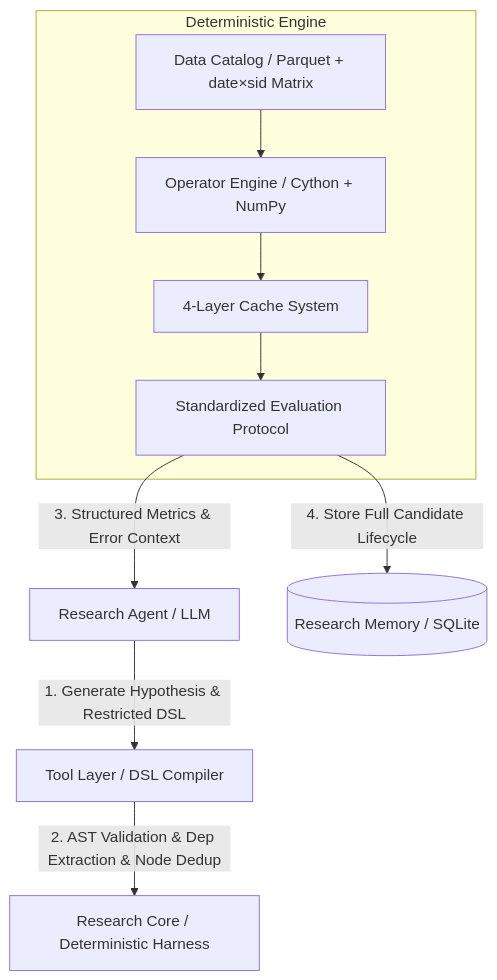
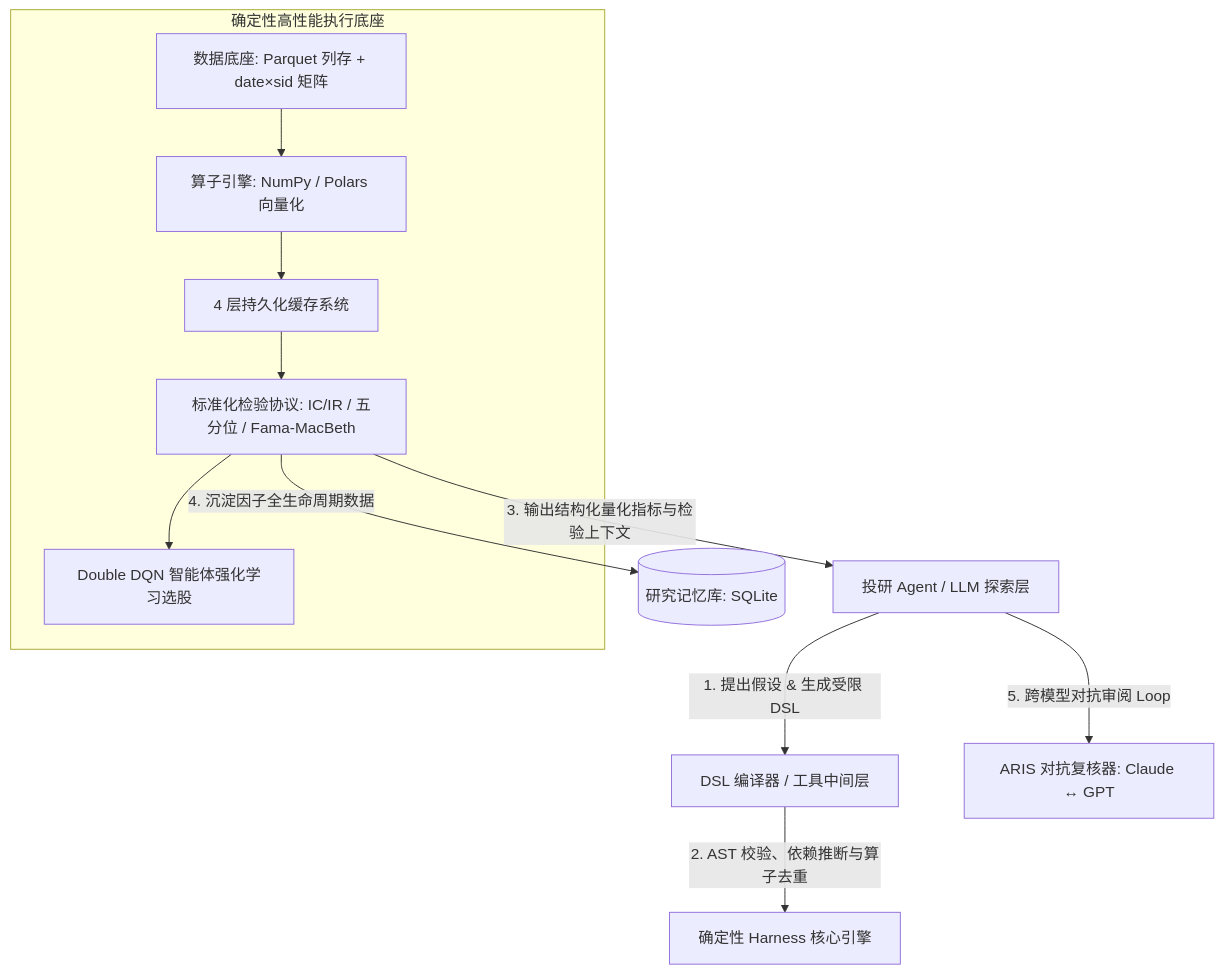
The diagram in README.md (zhangpelf/ashare-factor-agent-workflow), drawn with Mermaid before and after one commit. The commit also changed other lines of this file and 4 other files, not shown here.

````diff
--- a/README.md
+++ b/README.md
@@ -59,14 +48,16 @@
 ```mermaid
 graph TD
-    A[Research Agent / LLM] -->|1. Generate Hypothesis & Restricted DSL| B[Tool Layer / DSL Compiler]
-    B -->|2. AST Validation & Dep Extraction & Node Dedup| C[Research Core / Deterministic Harness]
+    A[投研 Agent / LLM 探索层] -->|1. 提出假设 & 生成受限 DSL| B[DSL 编译器 / 工具中间层]
+    B -->|2. AST 校验、依赖推断与算子去重| C[确定性 Harness 核心引擎]
     
-    subgraph Research Core [Deterministic Engine]
-        C1[Data Catalog / Parquet + date×sid Matrix] --> C2[Operator Engine / Cython + NumPy]
-        C2 --> C3[4-Layer Cache System]
-        C3 --> C4[Standardized Evaluation Protocol]
+    subgraph Harness [确定性高性能执行底座]
+        C1[数据底座: Parquet 列存 + date×sid 矩阵] --> C2[算子引擎: NumPy / Polars 向量化]
+        C2 --> C3[4 层持久化缓存系统]
+        C3 --> C4[标准化检验协议: IC/IR / 五分位 / Fama-MacBeth]
+        C4 --> C5[Double DQN 智能体强化学习选股]
     end
     
-    C4 -->|3. Structured Metrics & Error Context| A
-    C4 -->|4. Store Full Candidate Lifecycle| D[(Research Memory / SQLite)]
+    C4 -->|3. 输出结构化量化指标与检验上下文| A
+    C4 -->|4. 沉淀因子全生命周期数据| D[(研究记忆库: SQLite)]
+    A -->|5. 跨模型对抗审阅 Loop| E[ARIS 对抗复核器: Claude ↔ GPT]
 ```
````
